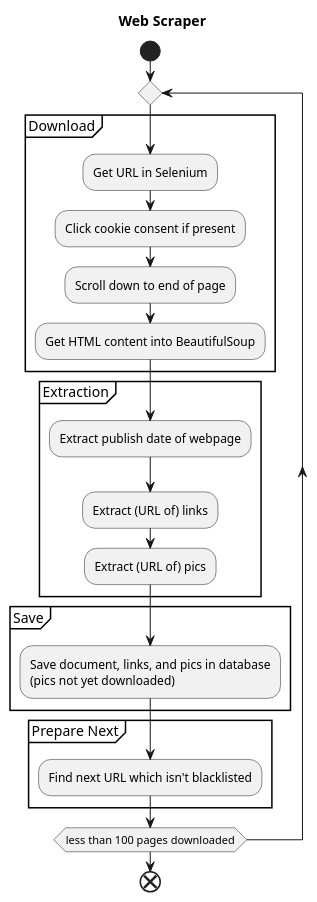
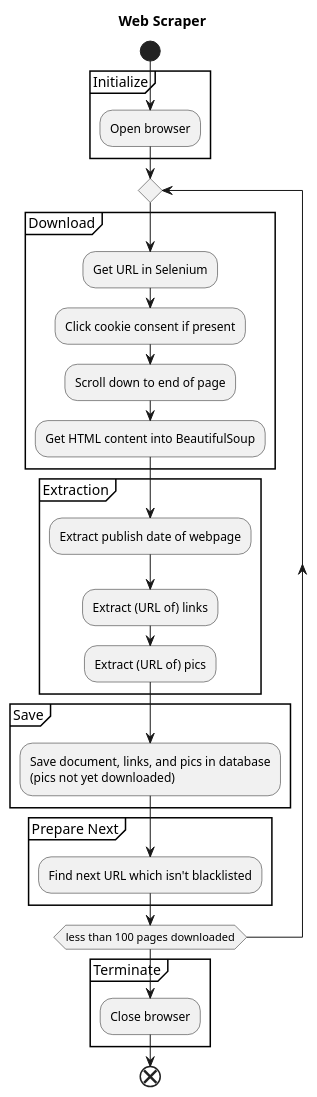
The diagram in WebScraper Activity.puml (jdufner/WebScraper), drawn with PlantUML before and after one commit. The commit also changed 8 other files, not shown here.

```diff
--- a/WebScraper Activity.puml
+++ b/WebScraper Activity.puml
@@ -1,30 +1,41 @@
 @startuml
 
 title Web Scraper
 
 start
+partition Initialize {
+    :Open browser;
+}
+
 repeat
+
 partition Download {
     :Get URL in Selenium;
     :Click cookie consent if present;
     :Scroll down to end of page;
     :Get HTML content into BeautifulSoup;
 }
 
 partition Extraction {
     :Extract publish date of webpage;
     :Extract (URL of) links;
     :Extract (URL of) pics;
 }
 
 partition Save {
     :Save document, links, and pics in database\n(pics not yet downloaded);
 }
 
 partition Prepare Next {
     :Find next URL which isn't blacklisted;
 }
+
 repeatwhile (less than 100 pages downloaded)
+
+partition Terminate {
+    :Close browser;
+}
+
 end
 
 @enduml
```
